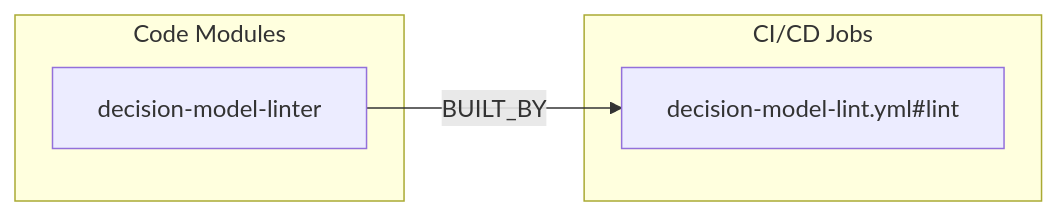
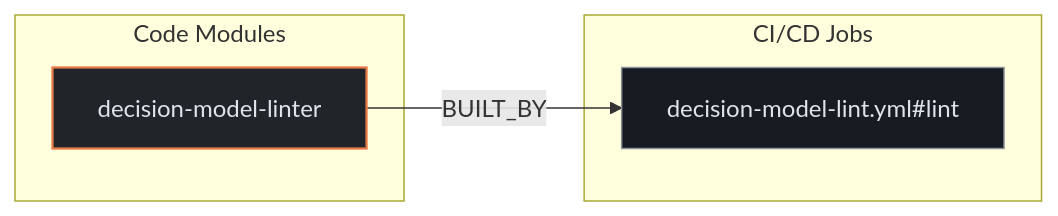
One commit to kumarshaz/atruss-code-atlas changed the second of 3 diagrams in exports/latest/reports/getsentry-sentry-php-report.md. Above: the diagram before and after it, drawn with Mermaid. The commit also changed other lines of this file and 331 other files, not shown here.

Commit message:
docs,ui,fix: update SDLC docs, reorder CI/CD DAG first, stylize Mermaid, and fix Arc42 pipeline topology

````diff
--- a/exports/latest/reports/getsentry-sentry-php-report.md
+++ b/exports/latest/reports/getsentry-sentry-php-report.md
@@ -189,10 +196,14 @@
 ```mermaid
 flowchart LR
+    classDef atlasCategory fill:#212428,stroke:#E87A48,stroke-width:1.5px,color:#dfe3eb
+    classDef atlasWorkflow fill:#1b2026,stroke:#a3c9ff,stroke-width:1.5px,color:#dfe3eb
+    classDef atlasJob fill:#171c22,stroke:#8d9199,stroke-width:1px,color:#dfe3eb
+    classDef atlasTarget fill:#005227,stroke:#8bd99b,stroke-width:1.5px,color:#a7f6b6
     subgraph code_modules["Code Modules"]
-        mod_decision_model_linter["decision-model-linter"]
+        mod_decision_model_linter["decision-model-linter"]:::atlasCategory
     end
     subgraph ci_jobs["CI/CD Jobs"]
-        job_decision_model_lint_yml_lint["decision-model-lint.yml#lint"]
+        job_decision_model_lint_yml_lint["decision-model-lint.yml#lint"]:::atlasJob
     end
     mod_decision_model_linter -->|BUILT_BY| job_decision_model_lint_yml_lint
 ```
````
